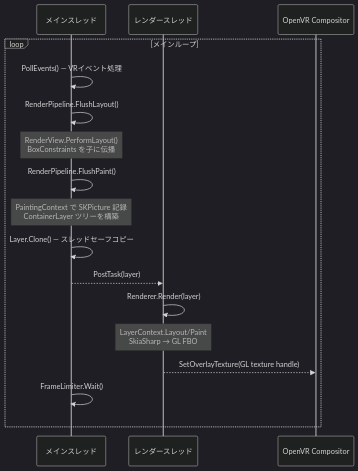
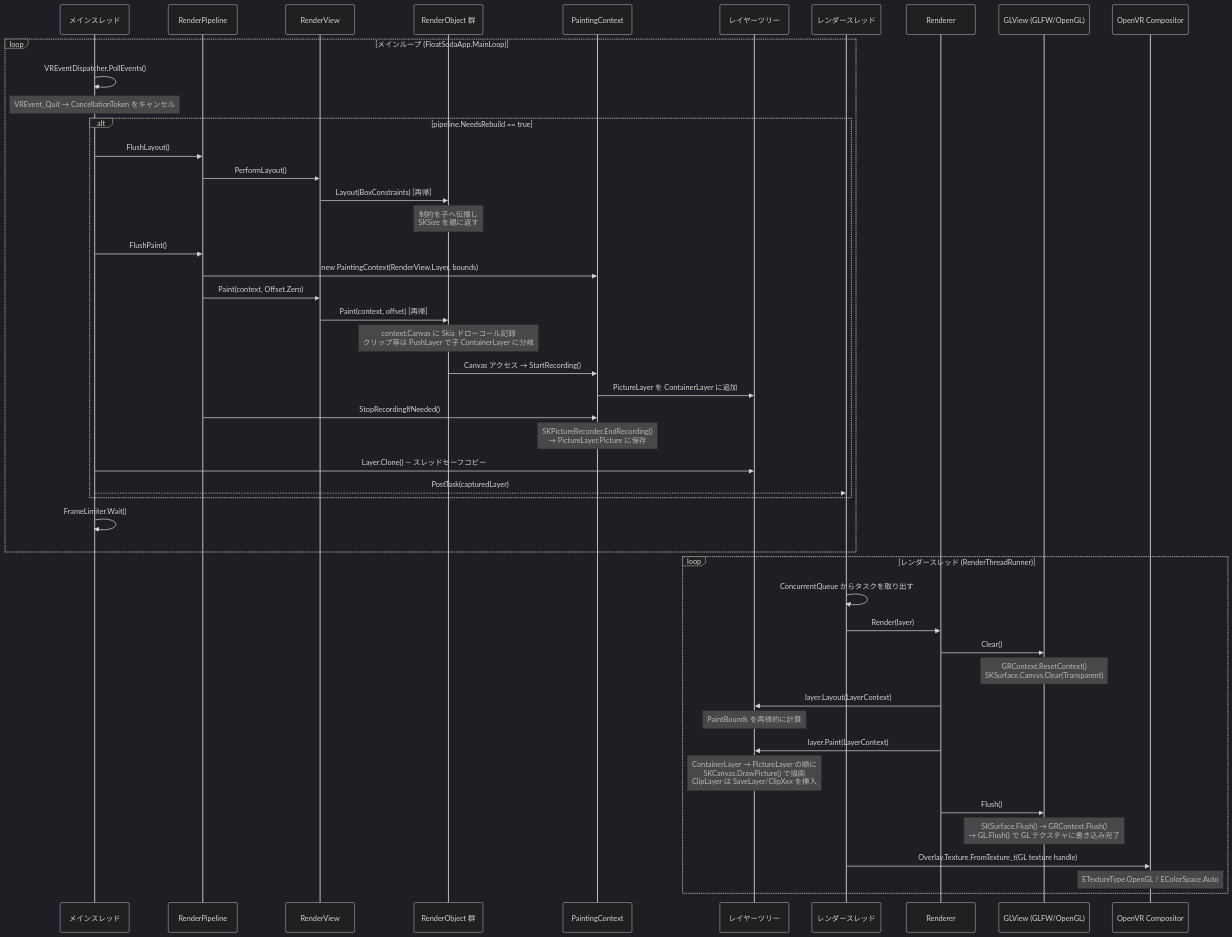
The third of 3 diagrams in docs/Architecture.md (sumx21t-3310/FloatSoda), drawn with Mermaid (dark theme) before and after one commit. The commit also changed other lines of this file, not shown here.

Commit message:
docs: replace frame pipeline diagram with detailed rendering lifecycle sequence
メインスレッド側の FlushLayout/FlushPaint の詳細（RenderObject 再帰、
PaintingContext の SKPictureRecorder 開始/終了、レイヤーツリーへの追加）と
レンダースレッド側の GLView.Clear/Flush・レイヤーツリーの Layout/Paint・
OpenVR テクスチャ提出の各ステップを参加者ごとに明示した。

````diff
--- a/docs/Architecture.md
+++ b/docs/Architecture.md
@@ -68,20 +68,55 @@
 ```mermaid
 sequenceDiagram
     participant Main as メインスレッド
+    participant Pipeline as RenderPipeline
+    participant RV as RenderView
+    participant RO as RenderObject 群
+    participant PC as PaintingContext
+    participant Layer as レイヤーツリー
     participant RT as レンダースレッド
+    participant Renderer as Renderer
+    participant GL as GLView (GLFW/OpenGL)
     participant VR as OpenVR Compositor
 
-    loop メインループ
-        Main->>Main: PollEvents() — VRイベント処理
-        Main->>Main: RenderPipeline.FlushLayout()
-        Note over Main: RenderView.PerformLayout()<br/>BoxConstraints を子に伝播
-        Main->>Main: RenderPipeline.FlushPaint()
-        Note over Main: PaintingContext で SKPicture 記録<br/>ContainerLayer ツリーを構築
-        Main->>Main: Layer.Clone() — スレッドセーフコピー
-        Main-->>RT: PostTask(layer)
-        RT->>RT: Renderer.Render(layer)
-        Note over RT: LayerContext.Layout/Paint<br/>SkiaSharp → GL FBO
-        RT-->>VR: SetOverlayTexture(GL texture handle)
+    loop メインループ (FloatSodaApp.MainLoop)
+        Main->>Main: VREventDispatcher.PollEvents()
+        Note over Main: VREvent_Quit → CancellationToken をキャンセル
+
+        alt pipeline.NeedsRebuild == true
+            Main->>Pipeline: FlushLayout()
+            Pipeline->>RV: PerformLayout()
+            RV->>RO: Layout(BoxConstraints) [再帰]
+            Note over RO: 制約を子へ伝播し<br/>SKSize を親に返す
+
+            Main->>Pipeline: FlushPaint()
+            Pipeline->>PC: new PaintingContext(RenderView.Layer, bounds)
+            Pipeline->>RV: Paint(context, Offset.Zero)
+            RV->>RO: Paint(context, offset) [再帰]
+            Note over RO: context.Canvas に Skia ドローコール記録<br/>クリップ等は PushLayer で子 ContainerLayer に分岐
+            RO->>PC: Canvas アクセス → StartRecording()
+            PC->>Layer: PictureLayer を ContainerLayer に追加
+            Pipeline->>PC: StopRecordingIfNeeded()
+            Note over PC: SKPictureRecorder.EndRecording()<br/>→ PictureLayer.Picture に保存
+
+            Main->>Layer: Layer.Clone() — スレッドセーフコピー
+            Main-->>RT: PostTask(capturedLayer)
+        end
+
         Main->>Main: FrameLimiter.Wait()
     end
+
+    loop レンダースレッド (RenderThreadRunner)
+        RT->>RT: ConcurrentQueue からタスクを取り出す
+        RT->>Renderer: Render(layer)
+        Renderer->>GL: Clear()
+        Note over GL: GRContext.ResetContext()<br/>SKSurface.Canvas.Clear(Transparent)
+        Renderer->>Layer: layer.Layout(LayerContext)
+        Note over Layer: PaintBounds を再帰的に計算
+        Renderer->>Layer: layer.Paint(LayerContext)
+        Note over Layer: ContainerLayer → PictureLayer の順に<br/>SKCanvas.DrawPicture() で描画<br/>ClipLayer は SaveLayer/ClipXxx を挿入
+        Renderer->>GL: Flush()
+        Note over GL: SKSurface.Flush() → GRContext.Flush()<br/>→ GL.Flush() で GL テクスチャに書き込み完了
+        RT->>VR: Overlay.Texture.FromTexture_t(GL texture handle)
+        Note over VR: ETextureType.OpenGL / EColorSpace.Auto
+    end
 ```
````
